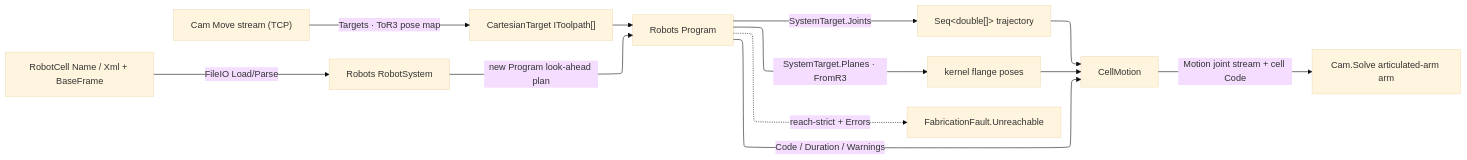
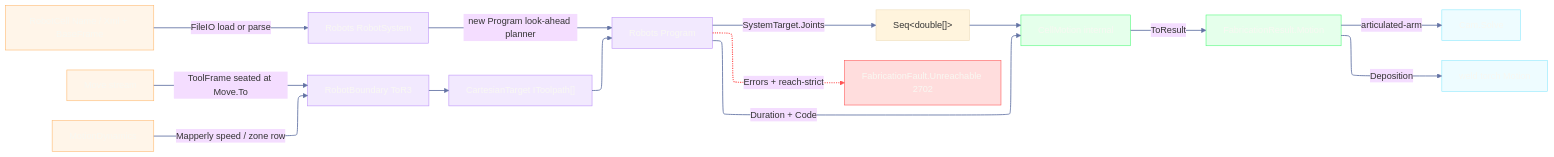
Before and after one commit to bsamiee/Rasm: the diagram in libs/csharp/Rasm.Fabrication/.planning/Kinematics/cell.md, drawn with Mermaid. The commit also changed other lines of this file and 181 other files, not shown here.

````diff
--- a/libs/csharp/Rasm.Fabrication/.planning/Kinematics/cell.md
+++ b/libs/csharp/Rasm.Fabrication/.planning/Kinematics/cell.md
@@ -102,19 +143,40 @@
 ```mermaid
 ---
 config:
   layout: elk
   theme: base
+  look: classic
+  themeVariables:
+    fontFamily: "Inter, Arial, sans"
+    useGradient: false
+    dropShadow: false
 ---
 flowchart LR
-    Cell["RobotCell Name / Xml + BaseFrame"] -->|FileIO Load/Parse| System["Robots RobotSystem"]
-    Moves["Cam Move stream (TCP)"] -->|Targets · ToR3 pose map| Waypoints["CartesianTarget IToolpath[]"]
-    System -->|new Program look-ahead plan| Program["Robots Program"]
-    Waypoints --> Program
-    Program -->|SystemTarget.Joints| Joints["Seq&lt;double[]&gt; trajectory"]
-    Program -->|SystemTarget.Planes · FromR3| Flanges["kernel flange poses"]
-    Program -->|Code / Duration / Warnings| Receipt["CellMotion"]
-    Program -.->|reach-strict + Errors| Fault["FabricationFault.Unreachable"]
-    Joints --> Receipt
-    Flanges --> Receipt
-    Receipt -->|Motion joint stream + cell Code| Cam["Cam.Solve articulated-arm arm"]
+    accTitle: Robot-cell kinematics owner
+    accDescr: RobotProgram.Solve loads a Robots cell, maps owner moves through the Rhino3dm boundary, compiles the Program planner, folds reach diagnostics, and returns FabricationResult.Motion.
+    Cell["RobotCell Name / Xml + BaseFrame"] -->|FileIO load or parse| System["Robots RobotSystem"]
+    Moves["Move stream"] -->|ToolFrame seated at Move.To| Boundary["RobotBoundary ToR3"]
+    Dynamics["MotionDynamics"] -->|Mapperly speed / zone row| Boundary
+    Boundary --> Targets["CartesianTarget IToolpath[]"]
+    System -->|new Program look-ahead planner| Program["Robots Program"]
+    Targets --> Program
+    Program -->|SystemTarget.Joints| Joints["Seq&lt;double[]&gt;"]
+    Program -->|Duration + Code| CellMotion["CellMotion internal"]
+    Program -.->|Errors + reach-strict| Fault["FabricationFault.Unreachable 2702"]
+    Joints --> CellMotion
+    CellMotion -->|ToResult| Motion["FabricationResult.Motion"]
+    Motion -->|articulated-arm| Cam["Cam.Solve"]
+    Motion -->|Deposition| Weld["weld torch Motion"]
+    class Cell,Moves,Dynamics data
+    class Boundary,System,Targets,Program primary
+    class CellMotion,Motion success
+    class Fault error
+    class Cam,Weld boundary
+    linkStyle 0,1,2,3,4,5,6,7,9,10,11,12 stroke:#6272A4,stroke-width:1.5px,color:#F8F8F2
+    linkStyle 8 stroke:#FF5555,stroke-width:2px,color:#FF5555
+    classDef primary fill:#BD93F933,stroke:#BD93F9,color:#F8F8F2
+    classDef boundary fill:#8BE9FD26,stroke:#8BE9FD,color:#F8F8F2
+    classDef success fill:#50FA7B26,stroke:#50FA7B,color:#F8F8F2
+    classDef error fill:#FF555533,stroke:#FF5555,color:#F8F8F2
+    classDef data fill:#FFB86C26,stroke:#FFB86C,color:#F8F8F2
 ```
````
